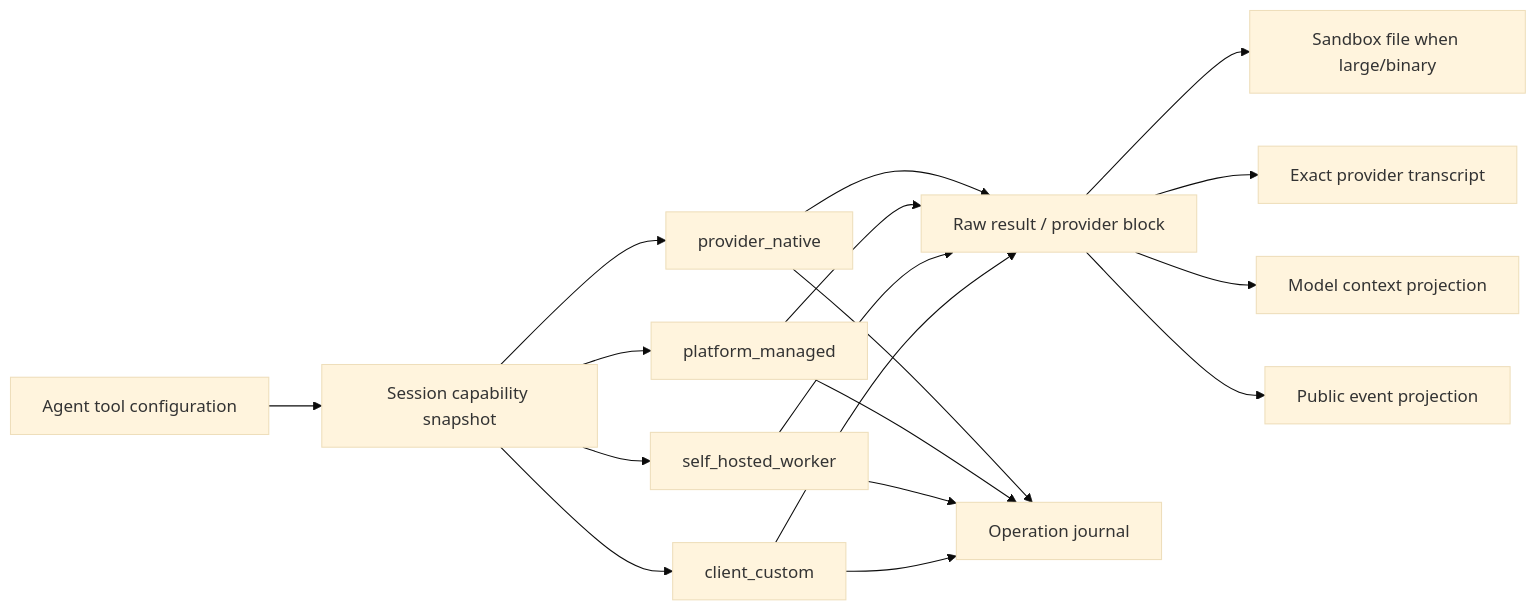
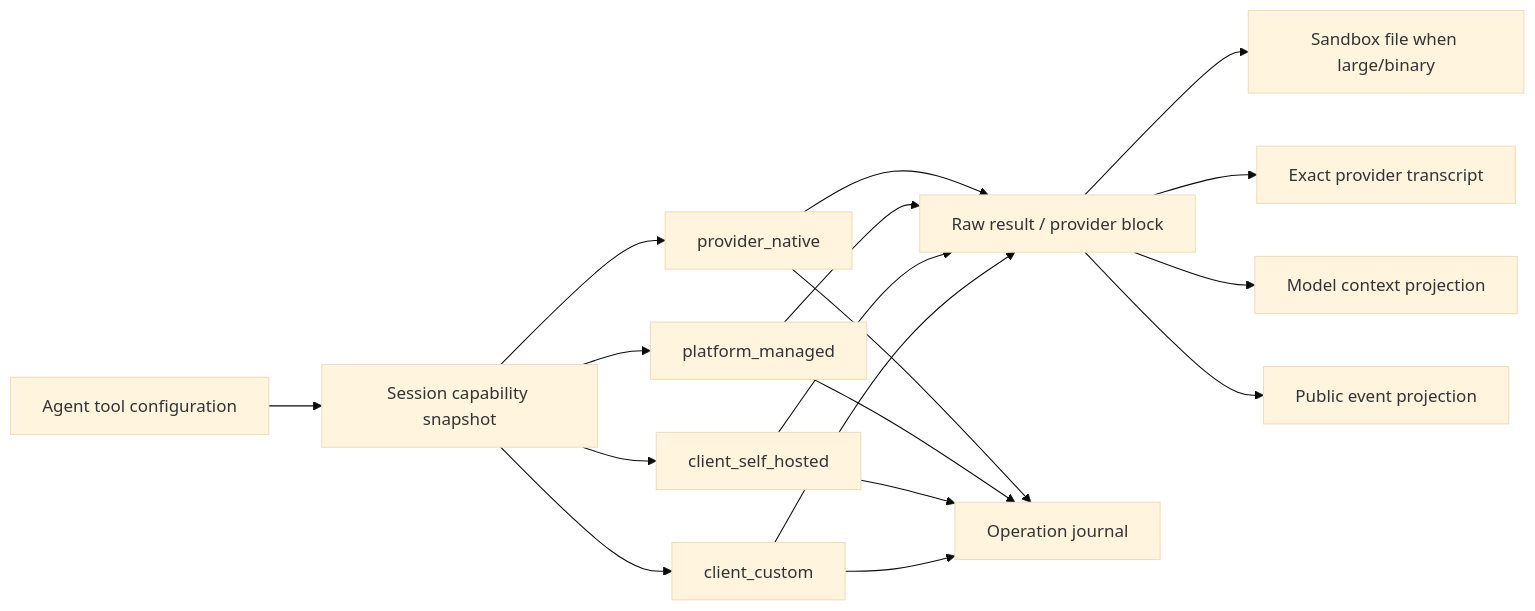
One commit to yanpgwang/managed-agent-go changed the diagram in docs/architecture/storage-context-and-tools.md. Above: the diagram before and after it, drawn with Mermaid (base theme). The commit also changed other lines of this file and 60 other files, not shown here.

````diff
--- a/docs/architecture/storage-context-and-tools.md
+++ b/docs/architecture/storage-context-and-tools.md
@@ -184,20 +184,20 @@
 ```mermaid
 flowchart LR
   Config["Agent tool configuration"] --> Resolve["Session capability snapshot"]
   Resolve --> Native["provider_native"]
   Resolve --> Managed["platform_managed"]
-  Resolve --> Worker["self_hosted_worker"]
+  Resolve --> Worker["client_self_hosted"]
   Resolve --> Client["client_custom"]
   Native --> Raw["Raw result / provider block"]
   Managed --> Raw
   Worker --> Raw
   Client --> Raw
   Raw --> Sandbox["Sandbox file when large/binary"]
   Raw --> Transcript["Exact provider transcript"]
   Raw --> Context["Model context projection"]
   Raw --> Public["Public event projection"]
   Native --> Journal["Operation journal"]
   Managed --> Journal
   Worker --> Journal
   Client --> Journal
 ```
````
